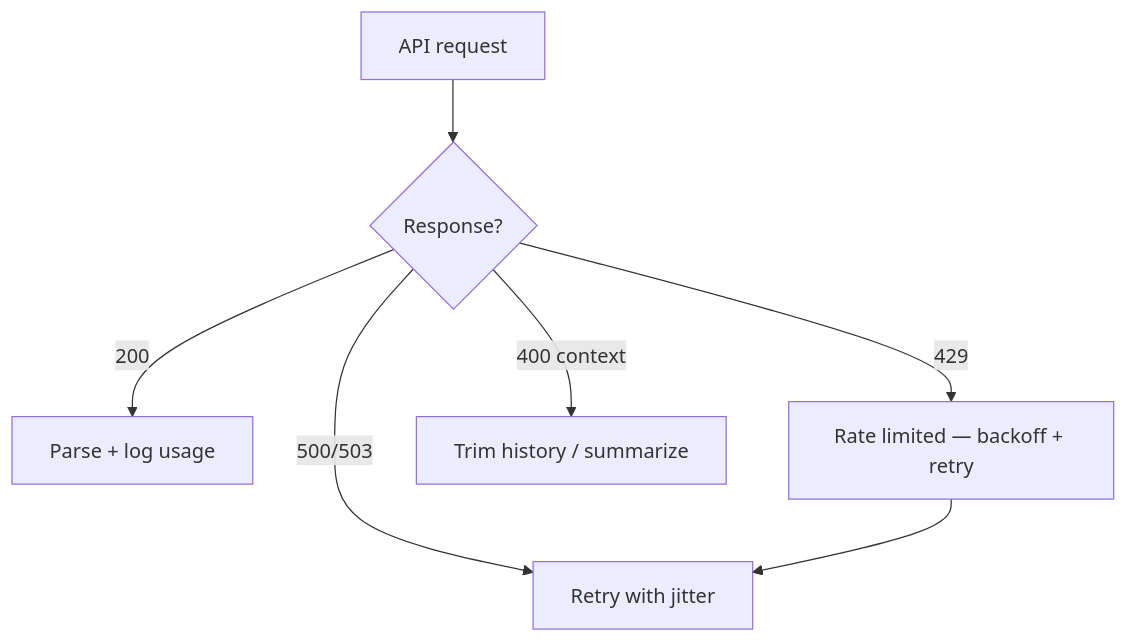
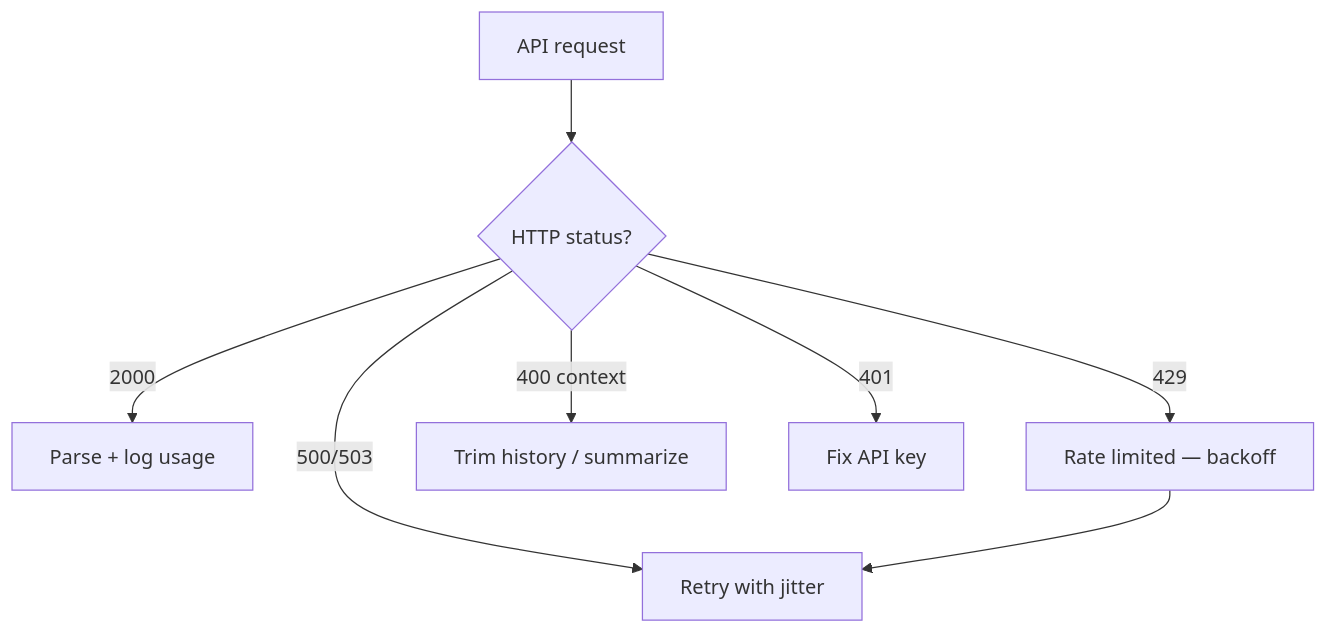
The fifth of 5 diagrams in AI/AI Development/modules/01-llm-apis/MODULE.md (codevoks/Learning), drawn with Mermaid before and after one commit. The commit also changed other lines of this file and 32 other files, not shown here.

````diff
--- a/AI/AI Development/modules/01-llm-apis/MODULE.md
+++ b/AI/AI Development/modules/01-llm-apis/MODULE.md
@@ -253,9 +560,10 @@
 ```mermaid
 flowchart TD
-    Req["API request"] --> OK{"Response?"}
-    OK -->|200| Success["Parse + log usage"]
-    OK -->|429| RL["Rate limited — backoff + retry"]
+    Req["API request"] --> OK{"HTTP status?"}
+    OK -->|2000| Success["Parse + log usage"]
+    OK -->|429| RL["Rate limited — backoff"]
     OK -->|500/503| Retry["Retry with jitter"]
     OK -->|400 context| Trim["Trim history / summarize"]
+    OK -->|401| Key["Fix API key"]
     RL --> Retry
 ```
````
